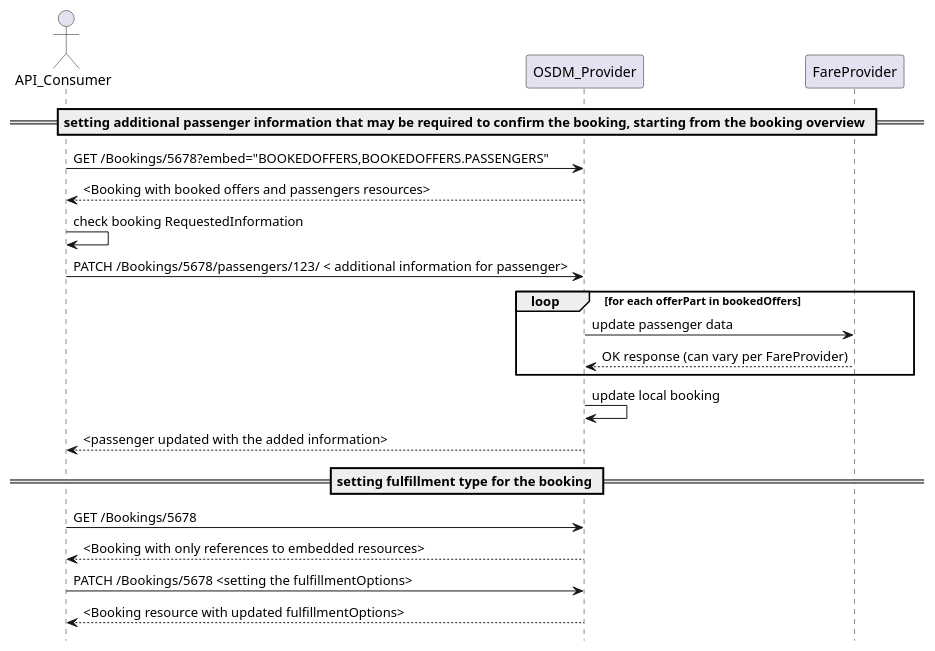
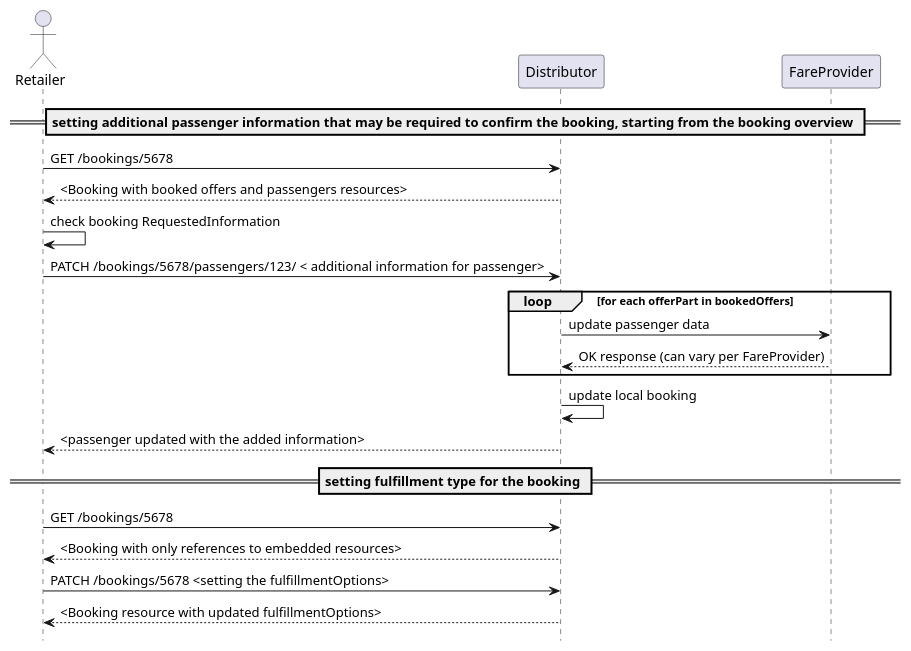
The diagram in images/processes/seq-completing-booking-for-confirmation-and-fulfillment.puml (UnionInternationalCheminsdeFer/OSDM), drawn with PlantUML before and after one commit. The commit also changed 71 other files, not shown here.

```diff
--- a/images/processes/seq-completing-booking-for-confirmation-and-fulfillment.puml
+++ b/images/processes/seq-completing-booking-for-confirmation-and-fulfillment.puml
@@ -1,21 +1,21 @@
 hide footbox
 
-actor API_Consumer 
+actor Retailer 
 
 == setting additional passenger information that may be required to confirm the booking, starting from the booking overview ==
-API_Consumer -> OSDM_Provider: GET /Bookings/5678?embed="BOOKEDOFFERS,BOOKEDOFFERS.PASSENGERS"
-OSDM_Provider --> API_Consumer: <Booking with booked offers and passengers resources>
-API_Consumer -> API_Consumer: check booking RequestedInformation
-API_Consumer -> OSDM_Provider: PATCH /Bookings/5678/passengers/123/ < additional information for passenger>
+Retailer -> Distributor: GET /bookings/5678
+Distributor --> Retailer: <Booking with booked offers and passengers resources>
+Retailer -> Retailer: check booking RequestedInformation
+Retailer -> Distributor: PATCH /bookings/5678/passengers/123/ < additional information for passenger>
 loop for each offerPart in bookedOffers
-    OSDM_Provider -> FareProvider: update passenger data 
-	FareProvider --> OSDM_Provider : OK response (can vary per FareProvider)
+    Distributor -> FareProvider: update passenger data 
+	FareProvider --> Distributor : OK response (can vary per FareProvider)
 end
-OSDM_Provider -> OSDM_Provider : update local booking
-OSDM_Provider --> API_Consumer: <passenger updated with the added information>
+Distributor -> Distributor : update local booking
+Distributor --> Retailer: <passenger updated with the added information>
 
 == setting fulfillment type for the booking ==
-API_Consumer -> OSDM_Provider: GET /Bookings/5678
-OSDM_Provider --> API_Consumer: <Booking with only references to embedded resources>
-API_Consumer -> OSDM_Provider: PATCH /Bookings/5678 <setting the fulfillmentOptions>
-OSDM_Provider --> API_Consumer: <Booking resource with updated fulfillmentOptions>
+Retailer -> Distributor: GET /bookings/5678
+Distributor --> Retailer: <Booking with only references to embedded resources>
+Retailer -> Distributor: PATCH /bookings/5678 <setting the fulfillmentOptions>
+Distributor --> Retailer: <Booking resource with updated fulfillmentOptions>
```
